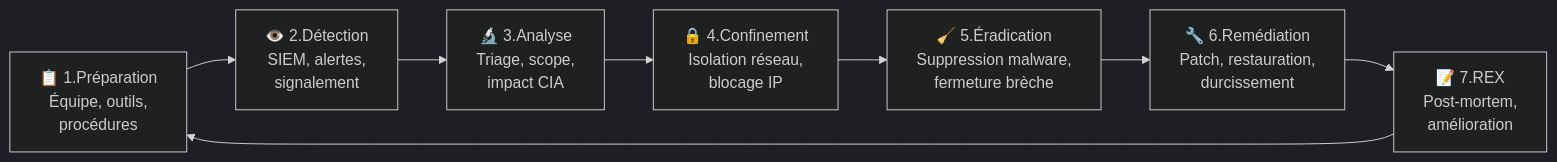
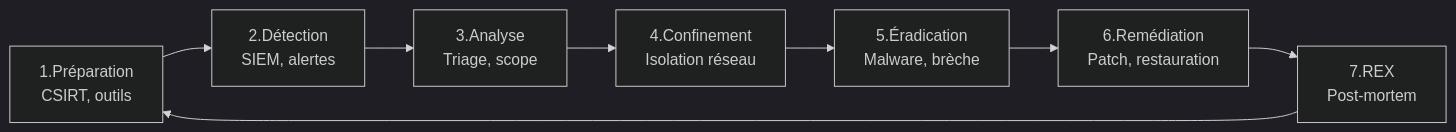
One commit to yugmerabtene/techniques-de-hacking-niveau-1 changed the diagram in JOUR-05.md. Above: the diagram before and after it, drawn with Mermaid (dark theme). The commit also changed other lines of this file and 22 other files, not shown here.

Commit message:
v3: labs ultra-guides + HORS-SERIE agentic KillChainAgent + schemas mermaid + ATT&CK partout

````diff
--- a/JOUR-05.md
+++ b/JOUR-05.md
@@ -226,10 +122,10 @@
 ```mermaid
 flowchart LR
-    A["📋 1.Préparation<br/>Équipe, outils,<br/>procédures"] --> B["👁️ 2.Détection<br/>SIEM, alertes,<br/>signalement"]
-    B --> C["🔬 3.Analyse<br/>Triage, scope,<br/>impact CIA"]
-    C --> D["🔒 4.Confinement<br/>Isolation réseau,<br/>blocage IP"]
-    D --> E["🧹 5.Éradication<br/>Suppression malware,<br/>fermeture brèche"]
-    E --> F["🔧 6.Remédiation<br/>Patch, restauration,<br/>durcissement"]
-    F --> G["📝 7.REX<br/>Post-mortem,<br/>amélioration"]
+    A["1.Préparation<br/>CSIRT, outils"] --> B["2.Détection<br/>SIEM, alertes"]
+    B --> C["3.Analyse<br/>Triage, scope"]
+    C --> D["4.Confinement<br/>Isolation réseau"]
+    D --> E["5.Éradication<br/>Malware, brèche"]
+    E --> F["6.Remédiation<br/>Patch, restauration"]
+    F --> G["7.REX<br/>Post-mortem"]
     G --> A
 ```
````
